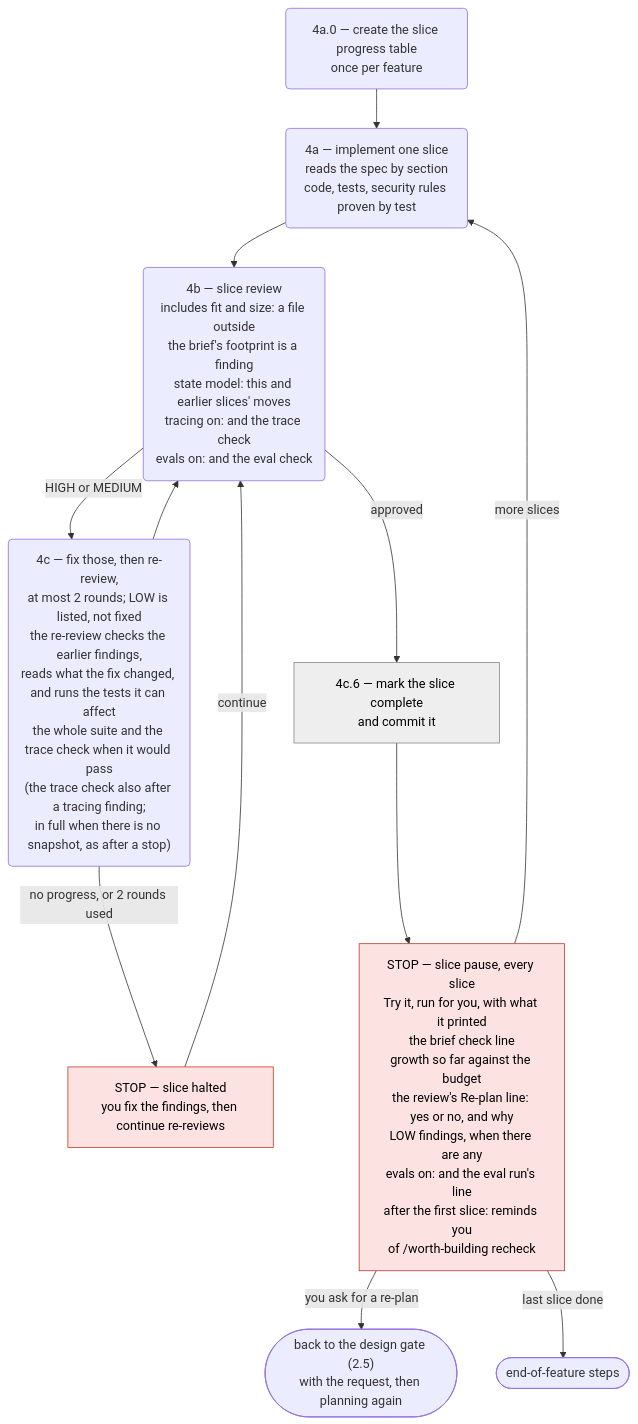
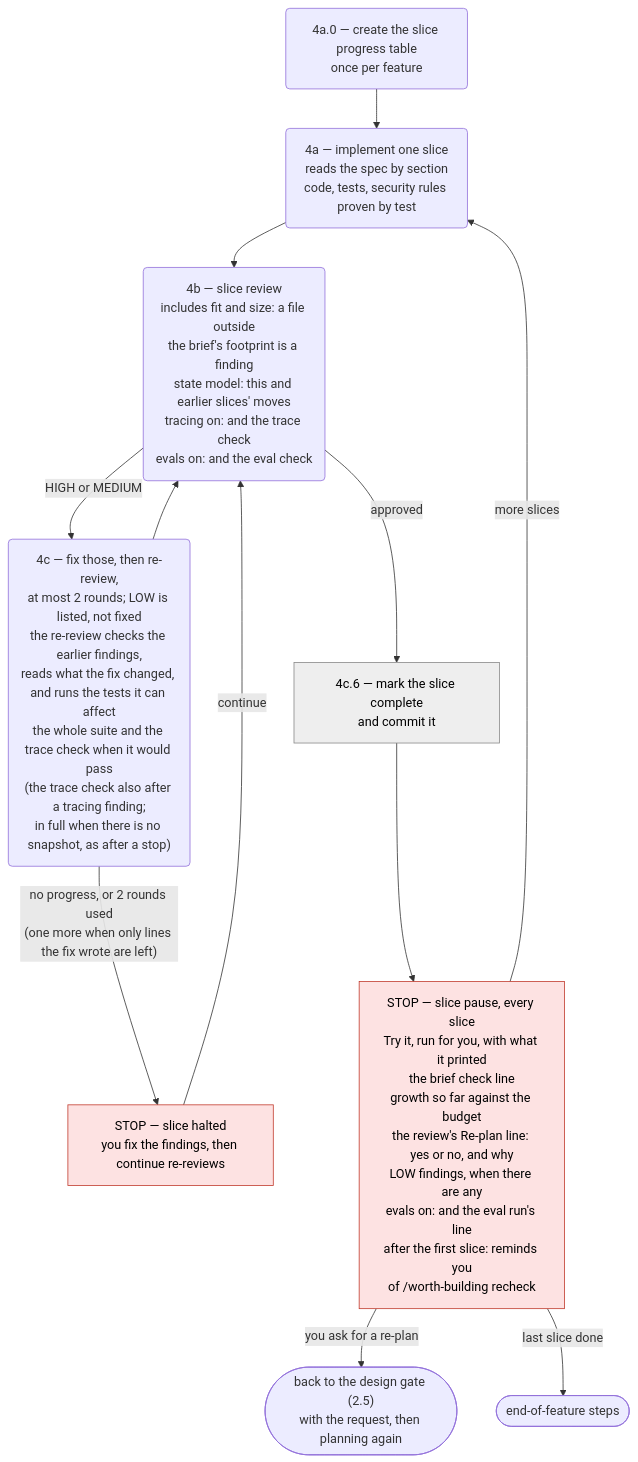
The third of 4 diagrams in agent-engineering/docs/sdd-flow-diagram.md (pablooliva/claude-plugins), drawn with Mermaid before and after one commit. The commit also changed 3 other files, not shown here.

First line of the commit message:
agent-engineering 5.14.0: findings in lines a fix wrote do not stall a slice

````diff
--- a/agent-engineering/docs/sdd-flow-diagram.md
+++ b/agent-engineering/docs/sdd-flow-diagram.md
@@ -98,17 +98,17 @@
 ```mermaid
 flowchart TD
     scaffold("4a.0 — create the slice progress table<br/>once per feature") --> impl("4a — implement one slice<br/>reads the spec by section<br/>code, tests, security rules proven by test")
     impl --> review("4b — slice review<br/>includes fit and size: a file outside<br/>the brief's footprint is a finding<br/>state model: this and earlier slices' moves<br/>tracing on: and the trace check<br/>evals on: and the eval check")
     review -- "HIGH or MEDIUM" --> fix("4c — fix those, then re-review,<br/>at most 2 rounds; LOW is listed, not fixed<br/>the re-review checks the earlier findings,<br/>reads what the fix changed, and runs the tests it can affect<br/>the whole suite and the trace check when it would pass<br/>(the trace check also after a tracing finding;<br/>in full when there is no snapshot, as after a stop)")
     fix --> review
-    fix -- "no progress, or 2 rounds used" --> halt["STOP — slice halted<br/>you fix the findings, then continue re-reviews"]:::stop
+    fix -- "no progress, or 2 rounds used<br/>(one more when only lines the fix wrote are left)" --> halt["STOP — slice halted<br/>you fix the findings, then continue re-reviews"]:::stop
     halt -- "continue" --> review
     review -- "approved" --> commit["4c.6 — mark the slice complete<br/>and commit it"]:::orch
     commit --> pause["STOP — slice pause, every slice<br/>Try it, run for you, with what it printed<br/>the brief check line<br/>growth so far against the budget<br/>the review's Re-plan line: yes or no, and why<br/>LOW findings, when there are any<br/>evals on: and the eval run's line<br/>after the first slice: reminds you<br/>of /worth-building recheck"]:::stop
     pause -- "you ask for a re-plan" --> replan(["back to the design gate (2.5)<br/>with the request, then planning again"])
     pause -- "more slices" --> impl
     pause -- "last slice done" --> eof(["end-of-feature steps"])
 
     classDef stop fill:#fde2e2,stroke:#c0392b,color:#000
     classDef orch fill:#eeeeee,stroke:#888888,color:#000
 ```
````
